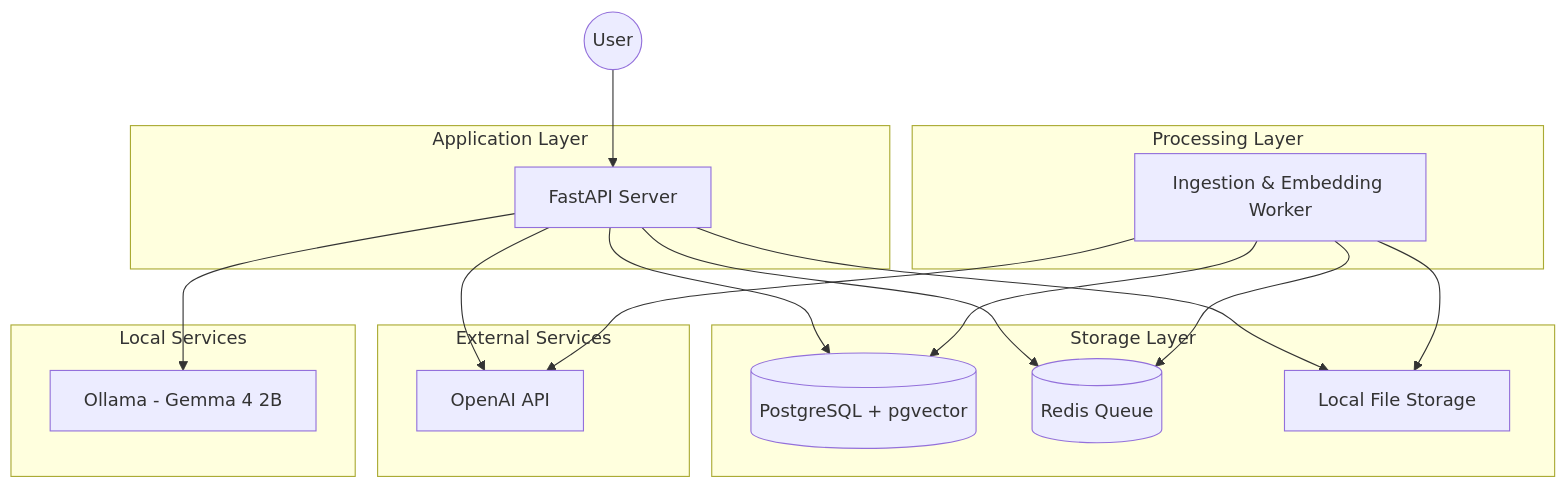
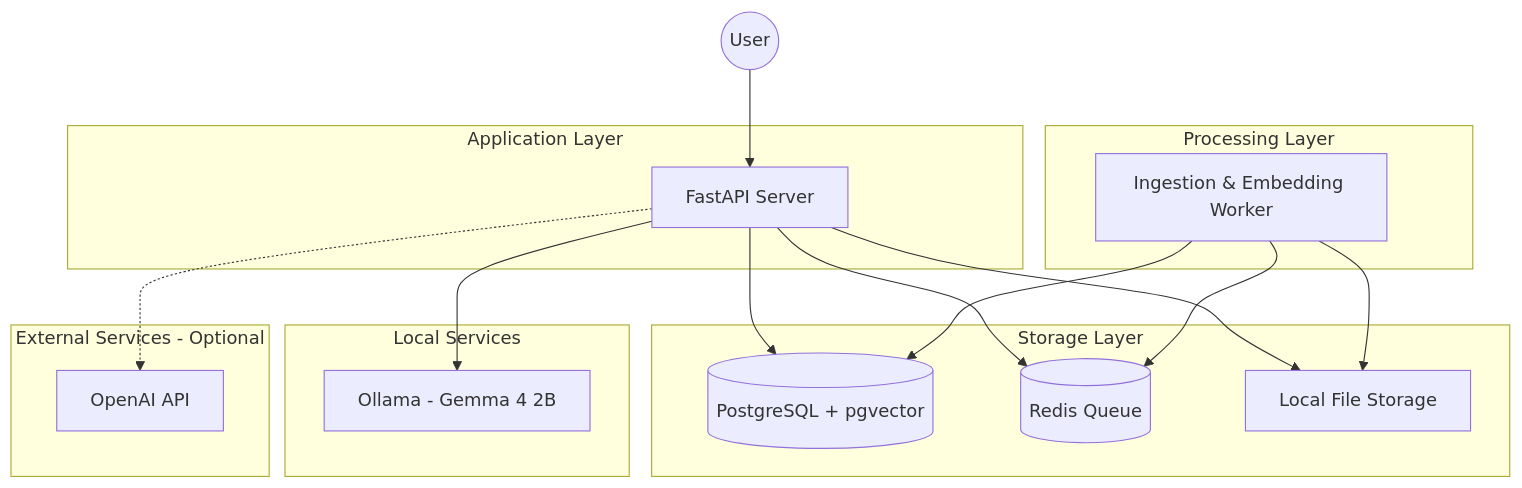
Before and after one commit to SudarshanKomar/foliun: the second of 4 diagrams in docs/architecture/system-overview.md, drawn with Mermaid. The commit also changed other lines of this file and 35 other files, not shown here.

````diff
--- a/docs/architecture/system-overview.md
+++ b/docs/architecture/system-overview.md
@@ -80,37 +80,36 @@
 ```mermaid
 graph TB
     User((User)) --> FastAPI[FastAPI Server]
     
     subgraph "Application Layer"
         FastAPI
     end
     
     subgraph "Processing Layer"
         Worker[Ingestion & Embedding Worker]
     end
     
     subgraph "Storage Layer"
         PostgreSQL[(PostgreSQL + pgvector)]
         Redis[(Redis Queue)]
         FileStorage[Local File Storage]
     end
     
-    subgraph "External Services"
-        OpenAI[OpenAI API]
+    subgraph "Local Services"
+        Ollama[Ollama - Gemma 4 2B]
     end
     
-    subgraph "Local Services"
-        Ollama[Ollama - Gemma 4 2B]
+    subgraph "External Services - Optional"
+        OpenAI[OpenAI API]
     end
     
     FastAPI --> Redis
     FastAPI --> PostgreSQL
     FastAPI --> FileStorage
-    FastAPI --> OpenAI
     FastAPI --> Ollama
+    FastAPI -.-> OpenAI
     
     Worker --> Redis
     Worker --> FileStorage
     Worker --> PostgreSQL
-    Worker --> OpenAI
 ```
````
